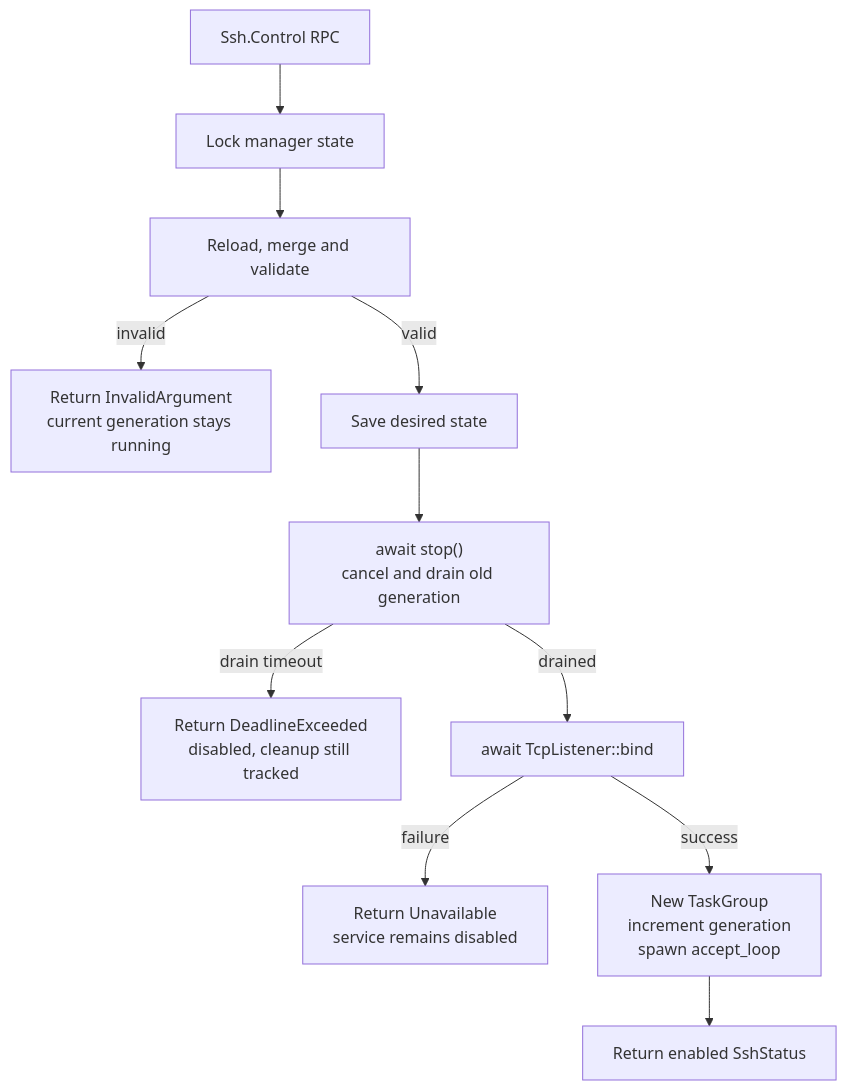
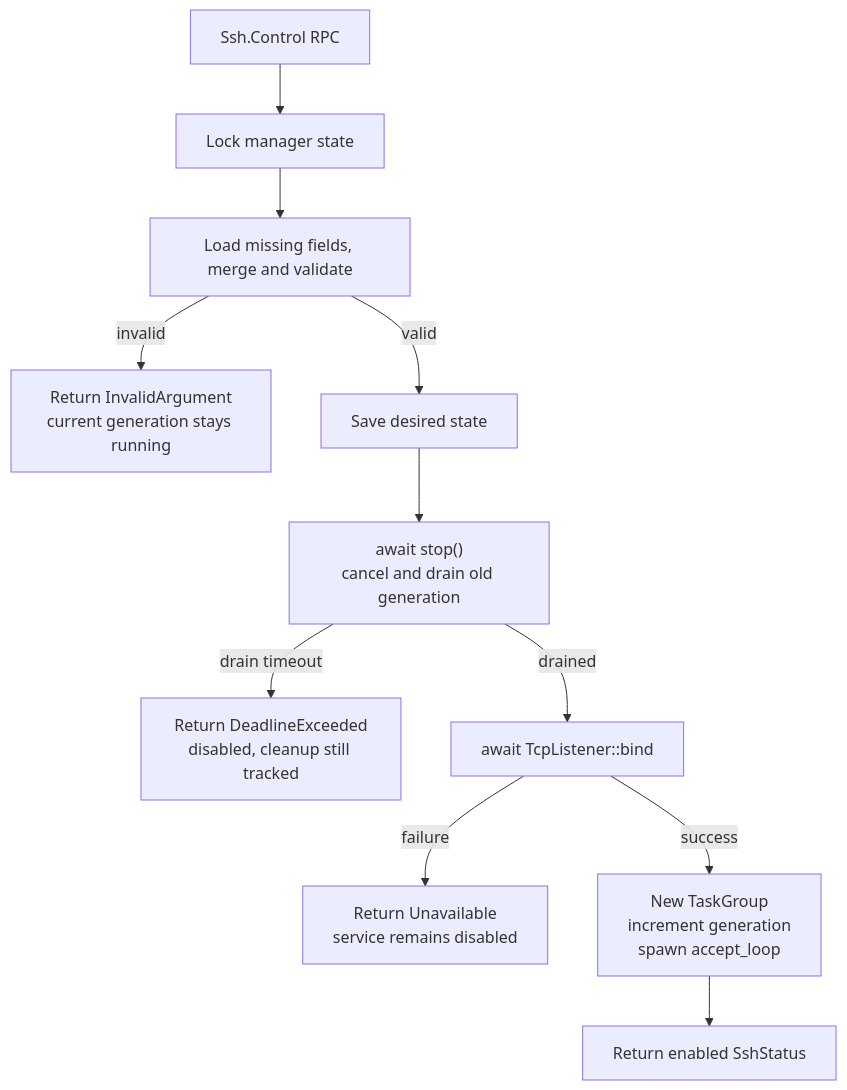
One commit to boxlite-ai/boxlite changed the first of 6 diagrams in src/guest/src/service/ssh/lifecycles.md. Above: the diagram before and after it, drawn with Mermaid. The commit also changed other lines of this file and 8 other files, not shown here.

````diff
--- a/src/guest/src/service/ssh/lifecycles.md
+++ b/src/guest/src/service/ssh/lifecycles.md
@@ -33,13 +36,13 @@
 ```mermaid
 flowchart TD
     RPC["Ssh.Control RPC"] --> LOCK["Lock manager state"]
-    LOCK --> PARSE["Reload, merge and validate"]
+    LOCK --> PARSE["Load missing fields, merge and validate"]
     PARSE -->|invalid| KEEP["Return InvalidArgument<br/>current generation stays running"]
     PARSE -->|valid| SAVE["Save desired state"]
     SAVE --> STOP["await stop()<br/>cancel and drain old generation"]
     STOP -->|drain timeout| TIMEOUT["Return DeadlineExceeded<br/>disabled, cleanup still tracked"]
     STOP -->|drained| BIND["await TcpListener::bind"]
     BIND -->|failure| DISABLED["Return Unavailable<br/>service remains disabled"]
     BIND -->|success| START["New TaskGroup<br/>increment generation<br/>spawn accept_loop"]
     START --> READY["Return enabled SshStatus"]
 ```
````
